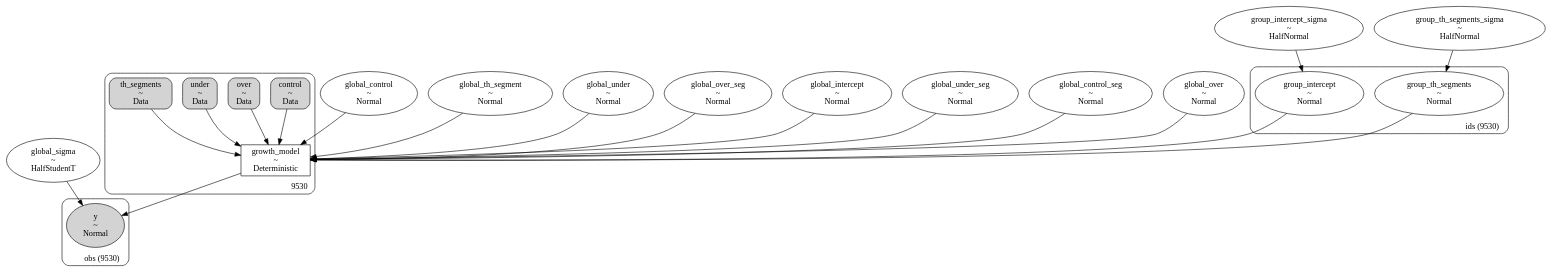
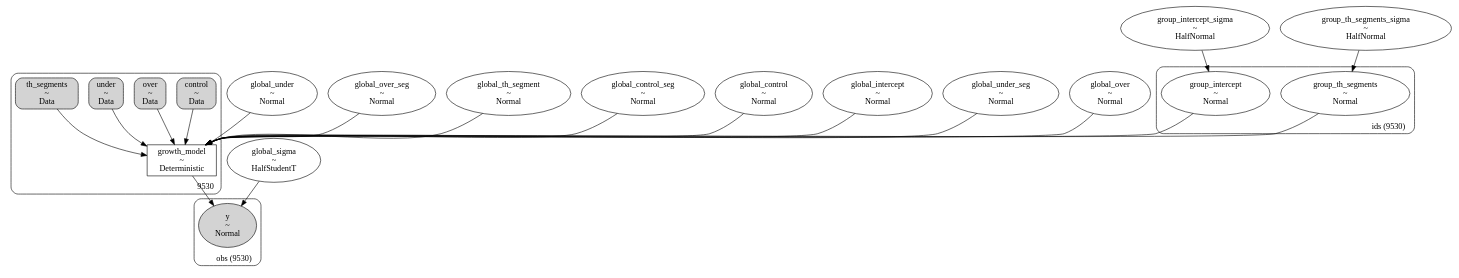
The diagram in .gv (gitarja/TableTennisBayesianAnalysis), drawn with Graphviz before and after one commit. The commit also changed other lines of this file and 5 other files, not shown here.

```diff
--- a/.gv
+++ b/.gv
@@ -1,86 +1,86 @@
 digraph {
 	subgraph cluster9530 {
+		control [label="control
+~
+Data" shape=box style="rounded, filled"]
 		growth_model [label="growth_model
 ~
 Deterministic" shape=box]
-		control [label="control
-~
-Data" shape=box style="rounded, filled"]
 		over [label="over
 ~
 Data" shape=box style="rounded, filled"]
 		under [label="under
 ~
 Data" shape=box style="rounded, filled"]
 		th_segments [label="th_segments
 ~
 Data" shape=box style="rounded, filled"]
 		label=9530 labeljust=r labelloc=b style=rounded
 	}
-	global_control [label="global_control
-~
-Normal" shape=ellipse]
-	global_th_segment [label="global_th_segment
-~
-Normal" shape=ellipse]
 	global_under [label="global_under
 ~
 Normal" shape=ellipse]
 	global_over_seg [label="global_over_seg
 ~
 Normal" shape=ellipse]
-	global_intercept [label="global_intercept
+	global_sigma [label="global_sigma
+~
+HalfStudentT" shape=ellipse]
+	global_th_segment [label="global_th_segment
+~
+Normal" shape=ellipse]
+	global_control_seg [label="global_control_seg
 ~
 Normal" shape=ellipse]
 	group_intercept_sigma [label="group_intercept_sigma
 ~
 HalfNormal" shape=ellipse]
+	group_th_segments_sigma [label="group_th_segments_sigma
+~
+HalfNormal" shape=ellipse]
+	global_control [label="global_control
+~
+Normal" shape=ellipse]
+	global_intercept [label="global_intercept
+~
+Normal" shape=ellipse]
 	global_under_seg [label="global_under_seg
 ~
 Normal" shape=ellipse]
-	global_control_seg [label="global_control_seg
-~
-Normal" shape=ellipse]
-	group_th_segments_sigma [label="group_th_segments_sigma
-~
-HalfNormal" shape=ellipse]
-	global_sigma [label="global_sigma
-~
-HalfStudentT" shape=ellipse]
 	global_over [label="global_over
 ~
 Normal" shape=ellipse]
 	subgraph "clusterids (9530)" {
-		group_th_segments [label="group_th_segments
+		group_intercept [label="group_intercept
 ~
 Normal" shape=ellipse]
-		group_intercept [label="group_intercept
+		group_th_segments [label="group_th_segments
 ~
 Normal" shape=ellipse]
 		label="ids (9530)" labeljust=r labelloc=b style=rounded
 	}
 	subgraph "clusterobs (9530)" {
 		y [label="y
 ~
 Normal" shape=ellipse style=filled]
 		label="obs (9530)" labeljust=r labelloc=b style=rounded
 	}
 	group_intercept_sigma -> group_intercept
 	group_th_segments_sigma -> group_th_segments
-	global_control -> growth_model
 	group_intercept -> growth_model
+	control -> growth_model
+	global_under -> growth_model
+	global_over_seg -> growth_model
+	group_th_segments -> growth_model
 	global_th_segment -> growth_model
-	global_over_seg -> growth_model
-	global_under -> growth_model
-	global_over -> growth_model
-	global_intercept -> growth_model
-	group_th_segments -> growth_model
 	over -> growth_model
 	under -> growth_model
-	control -> growth_model
+	global_control_seg -> growth_model
+	global_control -> growth_model
+	th_segments -> growth_model
+	global_intercept -> growth_model
 	global_under_seg -> growth_model
-	th_segments -> growth_model
-	global_control_seg -> growth_model
+	global_over -> growth_model
+	growth_model -> y
 	global_sigma -> y
-	growth_model -> y
 }
```
